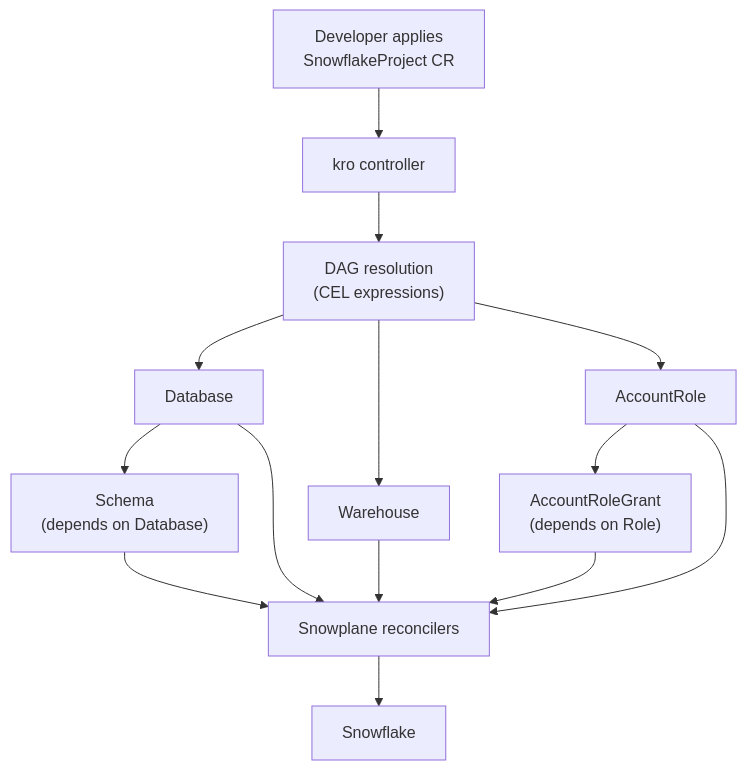
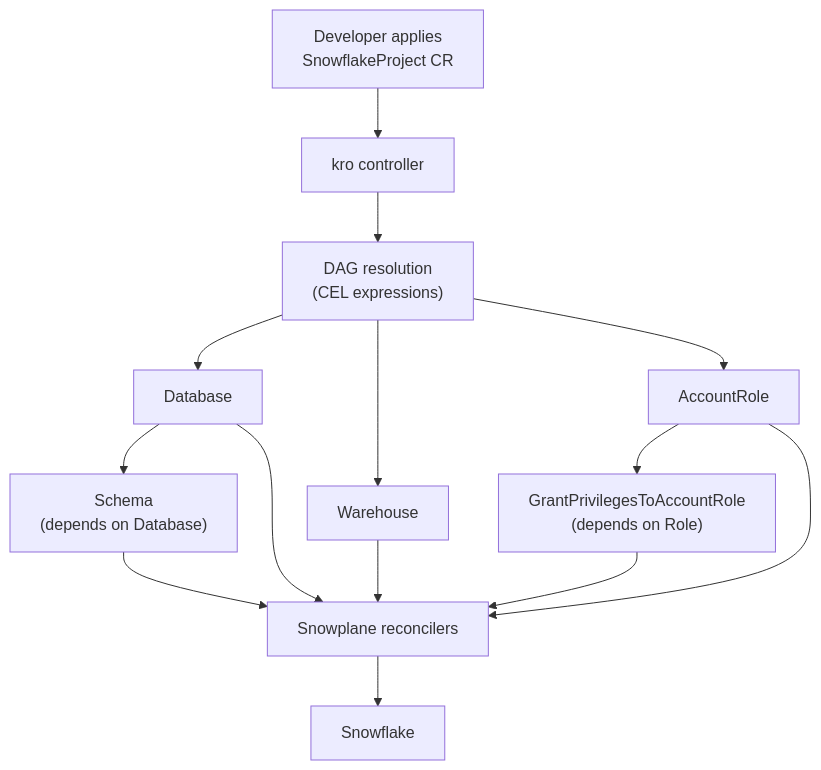
One commit to hupe1980/snowplane changed the diagram in docs/kro.md. Above: the diagram before and after it, drawn with Mermaid. The commit also changed other lines of this file and 634 other files, not shown here.

````diff
--- a/docs/kro.md
+++ b/docs/kro.md
@@ -233,16 +233,16 @@
 ```mermaid
 flowchart TD
     U["Developer applies<br/>SnowflakeProject CR"] --> K["kro controller"]
     K --> DAG["DAG resolution<br/>(CEL expressions)"]
     DAG --> DB["Database"]
     DAG --> WH["Warehouse"]
     DAG --> R["AccountRole"]
     DB --> S["Schema<br/>(depends on Database)"]
-    R --> G["AccountRoleGrant<br/>(depends on Role)"]
+    R --> G["GrantPrivilegesToAccountRole<br/>(depends on Role)"]
     S --> SP["Snowplane reconcilers"]
     G --> SP
     WH --> SP
     DB --> SP
     R --> SP
     SP --> SF["Snowflake"]
 ```
````
